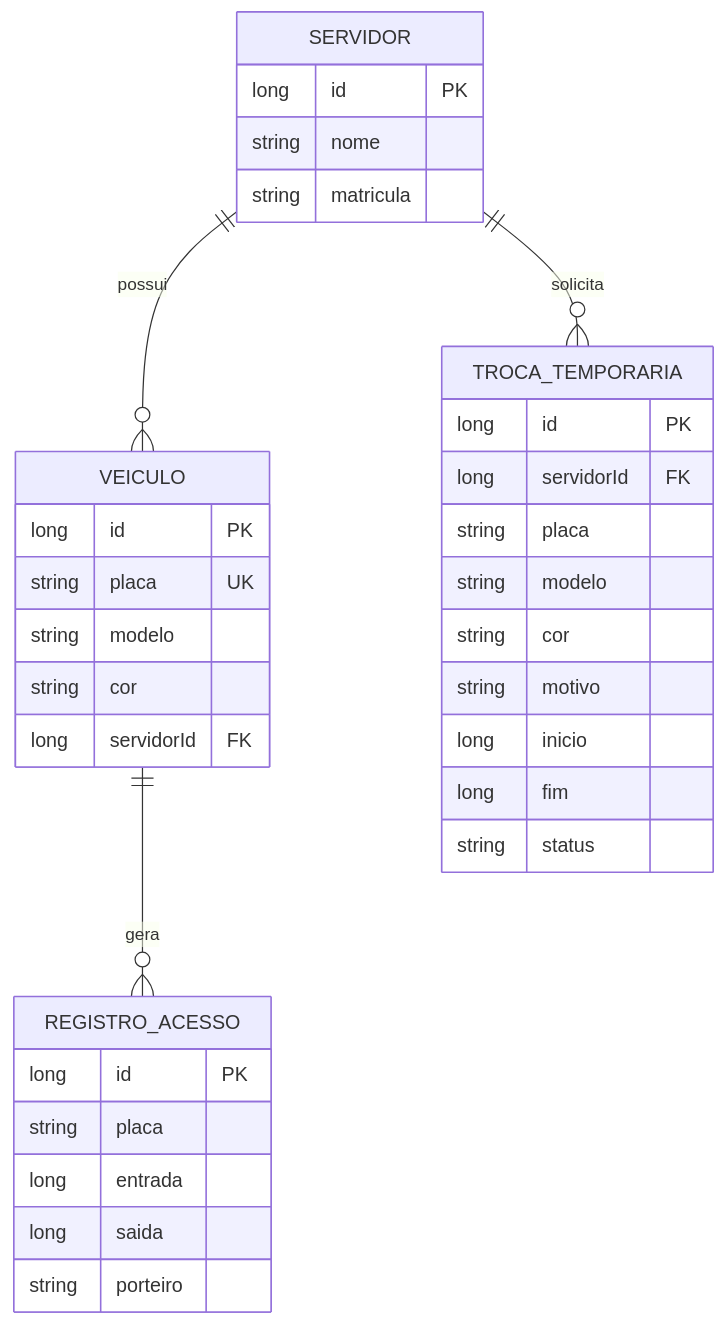
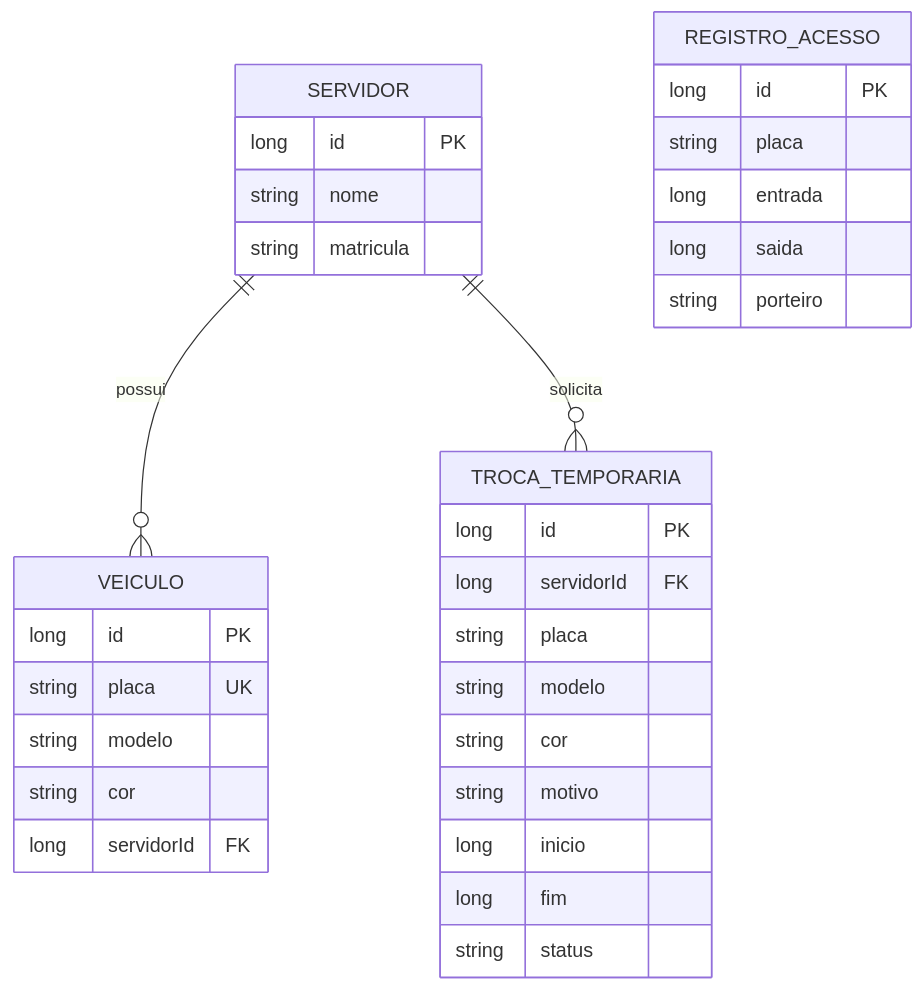
Before and after one commit to 0pmm/Projeto_SmartPark_Guarita: the second of 2 diagrams in Documentos/Modelo_Arquitetura.md, drawn with Mermaid. The commit also changed other lines of this file and 29 other files, not shown here.

````diff
--- a/Documentos/Modelo_Arquitetura.md
+++ b/Documentos/Modelo_Arquitetura.md
@@ -48,37 +67,36 @@
 ```mermaid
 erDiagram
     SERVIDOR ||--o{ VEICULO : possui
     SERVIDOR ||--o{ TROCA_TEMPORARIA : solicita
-    VEICULO ||--o{ REGISTRO_ACESSO : gera
 
     SERVIDOR {
         long id PK
         string nome
         string matricula
     }
     VEICULO {
         long id PK
         string placa UK
         string modelo
         string cor
         long servidorId FK
     }
     TROCA_TEMPORARIA {
         long id PK
         long servidorId FK
         string placa
         string modelo
         string cor
         string motivo
         long inicio
         long fim
         string status
     }
     REGISTRO_ACESSO {
         long id PK
         string placa
         long entrada
         long saida
         string porteiro
     }
 ```
````
